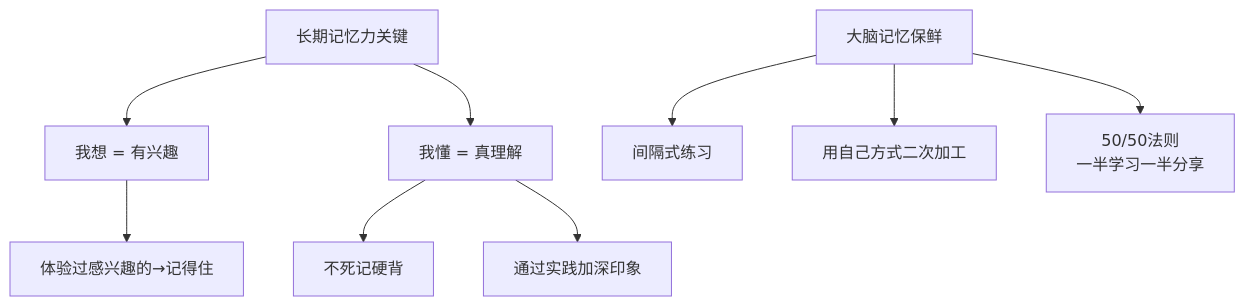
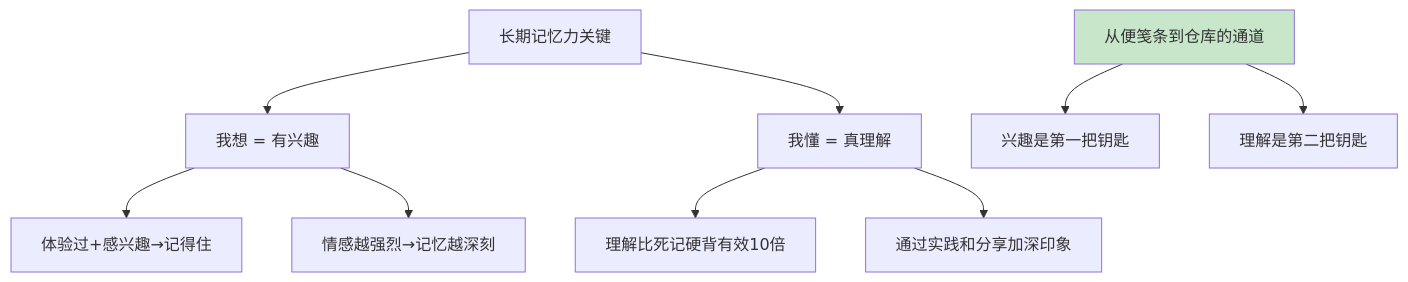
Before and after one commit to chongyang211/YCBookBlog: the sixth of 10 diagrams in 10.自我进阶提升书/07.底层思维的训练/7.4记忆能力的训练.md, drawn with Mermaid. The commit also changed other lines of this file and 6 other files, not shown here.

````diff
--- a/10.自我进阶提升书/07.底层思维的训练/7.4记忆能力的训练.md
+++ b/10.自我进阶提升书/07.底层思维的训练/7.4记忆能力的训练.md
@@ -104,11 +215,12 @@
 ```mermaid
 graph TD
     A[长期记忆力关键] --> B[我想 = 有兴趣]
     A --> C[我懂 = 真理解]
-    B --> B1[体验过感兴趣的→记得住]
-    C --> C1[不死记硬背]
-    C --> C2[通过实践加深印象]
-    D[大脑记忆保鲜] --> D1[间隔式练习]
-    D --> D2[用自己方式二次加工]
-    D --> D3[50/50法则<br>一半学习一半分享]
+    B --> B1[体验过+感兴趣→记得住]
+    B --> B2[情感越强烈→记忆越深刻]
+    C --> C1[理解比死记硬背有效10倍]
+    C --> C2[通过实践和分享加深印象]
+    D[从便笺条到仓库的通道] --> D1[兴趣是第一把钥匙]
+    D --> D2[理解是第二把钥匙]
+    style D fill:#c8e6c9
 ```
````
